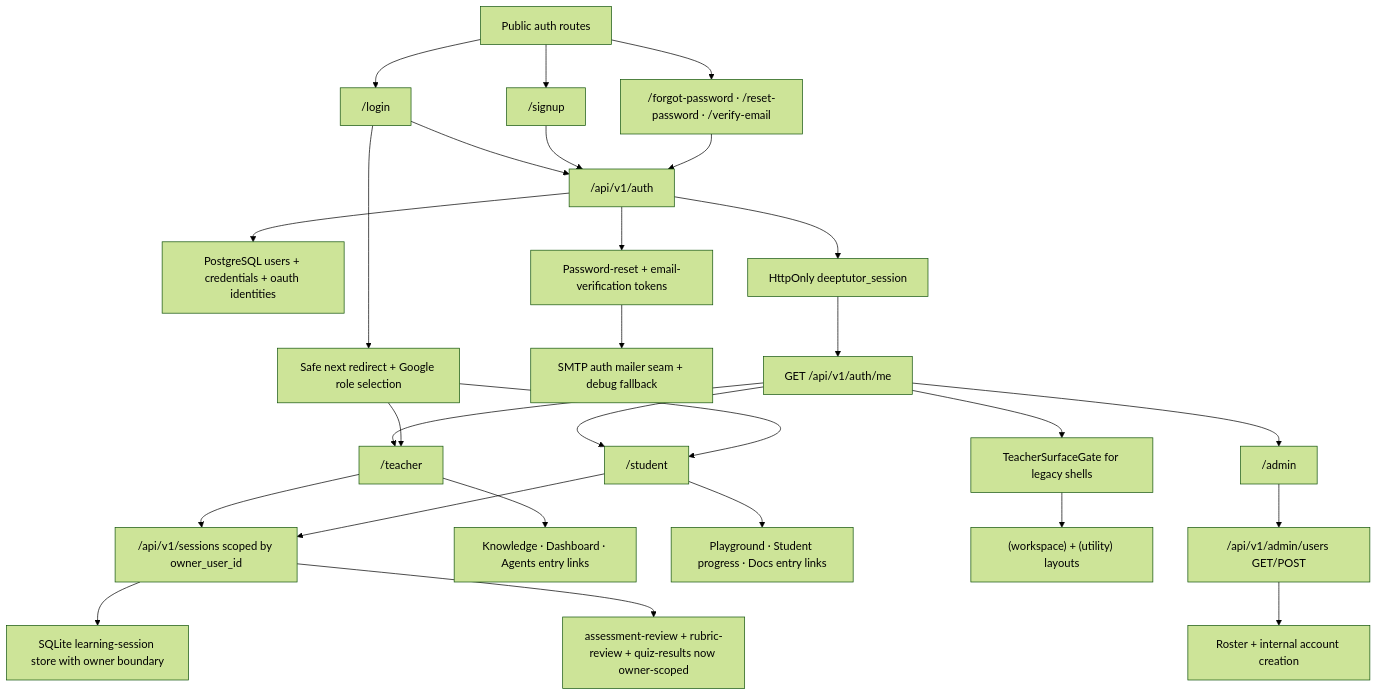
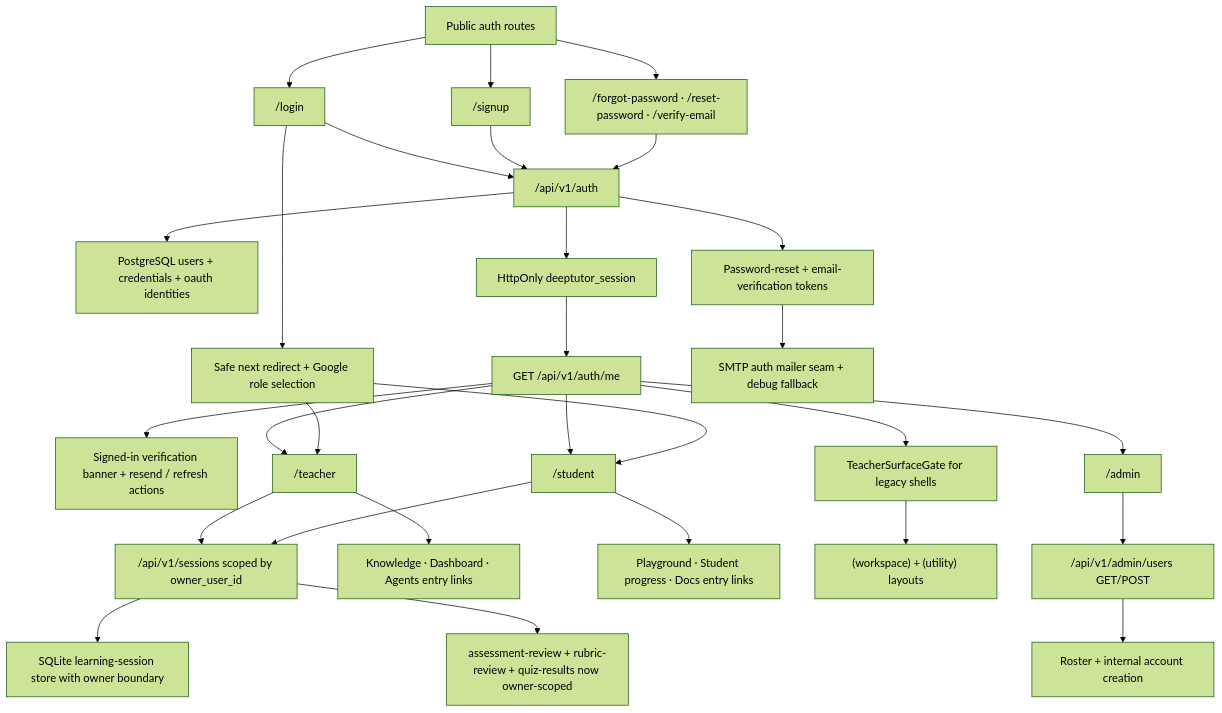
The diagram in docs/superpowers/pr-notes/2026-05-02-auth-multi-user-foundation.md (Creative-Science-Contest-2026/Multiagent-learning-platform), drawn with Mermaid (forest theme) before and after one commit. The commit also changed other lines of this file and 12 other files, not shown here.

Commit message:
feat(auth): surface verification state in signed-in shells [AUTH-MULTI-USER]

````diff
--- a/docs/superpowers/pr-notes/2026-05-02-auth-multi-user-foundation.md
+++ b/docs/superpowers/pr-notes/2026-05-02-auth-multi-user-foundation.md
@@ -19,30 +20,31 @@
 ```mermaid
 flowchart TD
   Public["Public auth routes"] --> Signup["/signup"]
   Public --> Login["/login"]
   Public --> Recovery["/forgot-password · /reset-password · /verify-email"]
   Login --> AuthAPI["/api/v1/auth"]
   Signup --> AuthAPI
   Recovery --> AuthAPI
   Login --> NextRedirect["Safe next redirect + Google role selection"]
+  Me --> VerificationBanner["Signed-in verification banner + resend / refresh actions"]
   AuthAPI --> Users["PostgreSQL users + credentials + oauth identities"]
   AuthAPI --> Sessions["HttpOnly deeptutor_session"]
   AuthAPI --> OneTimeTokens["Password-reset + email-verification tokens"]
   OneTimeTokens --> AuthMailer["SMTP auth mailer seam + debug fallback"]
   AdminShell --> AdminUsersAPI["/api/v1/admin/users GET/POST"]
   AdminUsersAPI --> AdminPanel["Roster + internal account creation"]
   Sessions --> Me["GET /api/v1/auth/me"]
   Me --> TeacherShell["/teacher"]
   Me --> StudentShell["/student"]
   Me --> AdminShell["/admin"]
   NextRedirect --> TeacherShell
   NextRedirect --> StudentShell
   TeacherShell --> TeacherHub["Knowledge · Dashboard · Agents entry links"]
   StudentShell --> StudentHub["Playground · Student progress · Docs entry links"]
   Me --> TeacherGate["TeacherSurfaceGate for legacy shells"]
   TeacherGate --> LegacyShells["(workspace) + (utility) layouts"]
   TeacherShell --> OwnedSessionAPI["/api/v1/sessions scoped by owner_user_id"]
   StudentShell --> OwnedSessionAPI
   OwnedSessionAPI --> SQLiteStore["SQLite learning-session store with owner boundary"]
   OwnedSessionAPI --> ReviewFlows["assessment-review + rubric-review + quiz-results now owner-scoped"]
 ```
````
